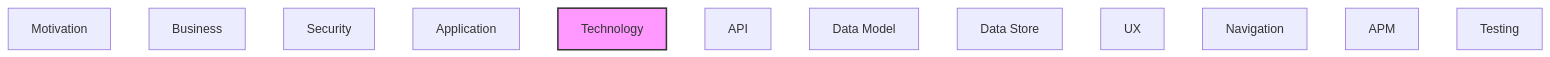
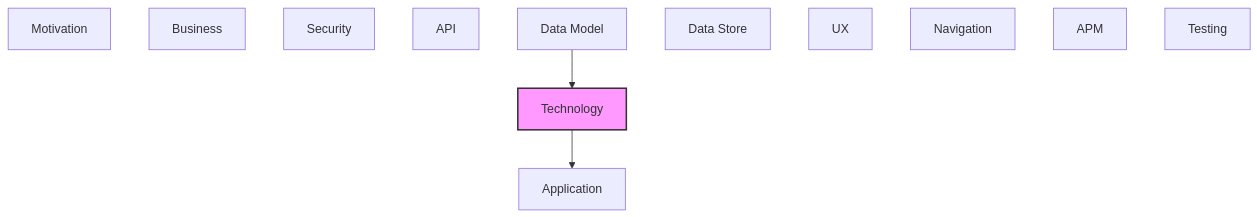
One commit to tinkermonkey/context-studio changed the second of 2 diagrams in documentation-robotics/reports/05-technology-layer-report.md. Above: the diagram before and after it, drawn with Mermaid. The commit also changed other lines of this file and 10 other files, not shown here.

First line of the commit message:
Ingest application, technology, data-model layers via dr-map/dr-relate

````diff
--- a/documentation-robotics/reports/05-technology-layer-report.md
+++ b/documentation-robotics/reports/05-technology-layer-report.md
@@ -40,17 +82,19 @@
 ```mermaid
 flowchart TB
   classDef current fill:#f9f,stroke:#333,stroke-width:2px
   motivation["Motivation"]
   business["Business"]
   security["Security"]
   application["Application"]
   technology["Technology"]
   api["API"]
   data_model["Data Model"]
   data_store["Data Store"]
   ux["UX"]
   navigation["Navigation"]
   apm["APM"]
   testing["Testing"]
+  data_model --> technology
+  technology --> application
   class technology current
 ```
````
